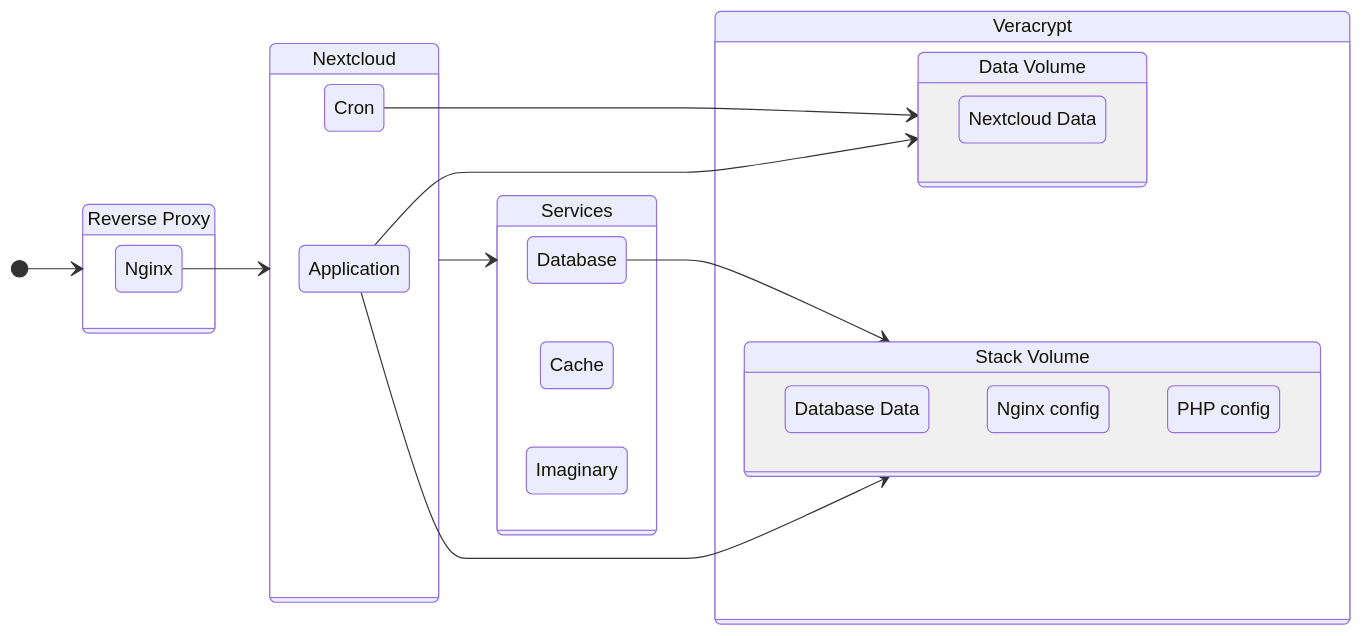
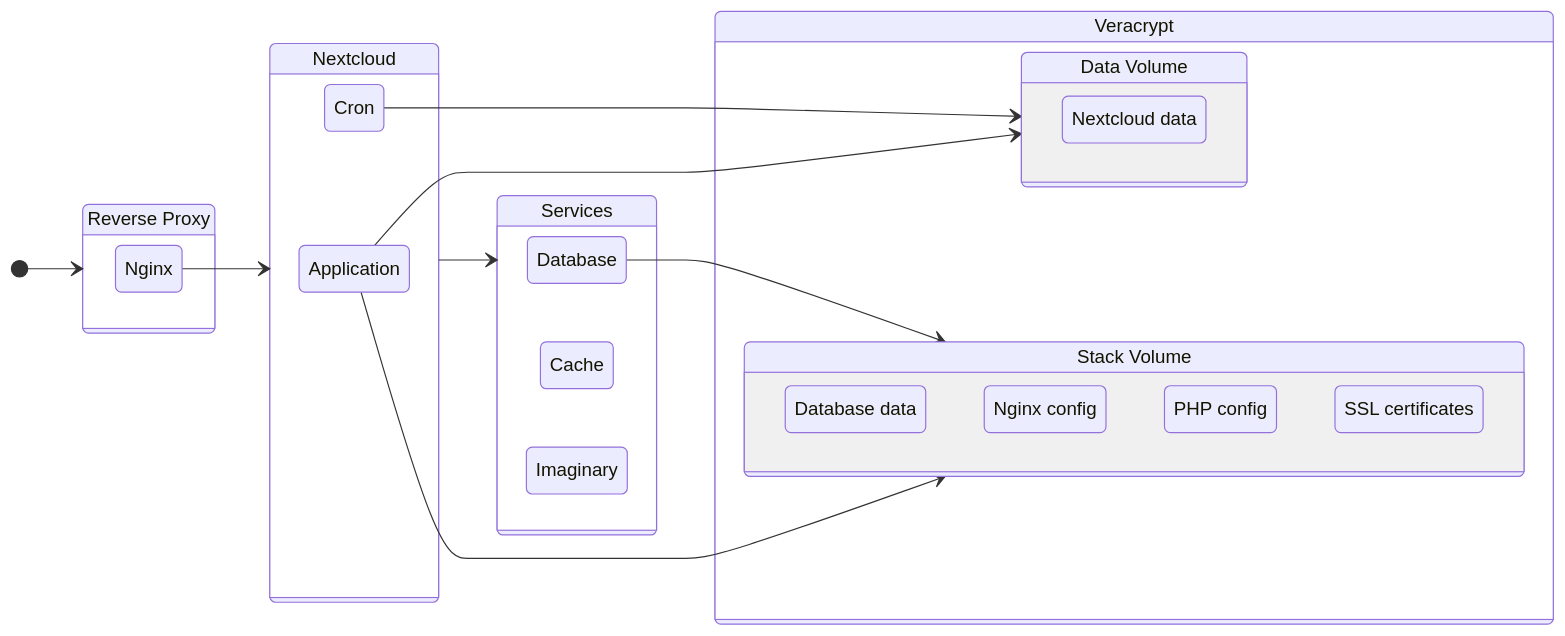
The diagram in README.md (shimisnow/nextcloud-veracrypt), drawn with Mermaid before and after one commit. The commit also changed other lines of this file and 3 other files, not shown here.

````diff
--- a/README.md
+++ b/README.md
@@ -21,41 +21,42 @@
 ```mermaid
 stateDiagram-v2
 direction LR
 
 state "Reverse Proxy" as reverse_proxy {
     state "Nginx" as nginx
 }
 
 [*] --> reverse_proxy
 
 state "Nextcloud" as nextcloud {
     state "Application" as nextcloud_app
     state "Cron" as nextcloud_cron
 }
 
 nginx --> nextcloud
 
 state "Services" as services {
     state "Database" as database
     state "Cache" as cache
     state "Imaginary" as imaginary
 }
 
 nextcloud --> services
 
 state "Veracrypt" as veracrypt {
     state "Data Volume" as veracrypt_data {
-        state "Nextcloud Data" as veracrypt_nextcloud
+        state "Nextcloud data" as veracrypt_nextcloud
     }
     state "Stack Volume" as veracrypt_stack {
-        state "Database Data" as veracrypt_database
+        state "Database data" as veracrypt_database
         state "Nginx config" as veracrypt_nginx
         state "PHP config" as veracrypt_php
+        state "SSL certificates" as veracrypt_certs
     }
 }
 
 nextcloud_app --> veracrypt_data
 nextcloud_app --> veracrypt_stack
 nextcloud_cron --> veracrypt_data
 database --> veracrypt_stack
 ```
````
